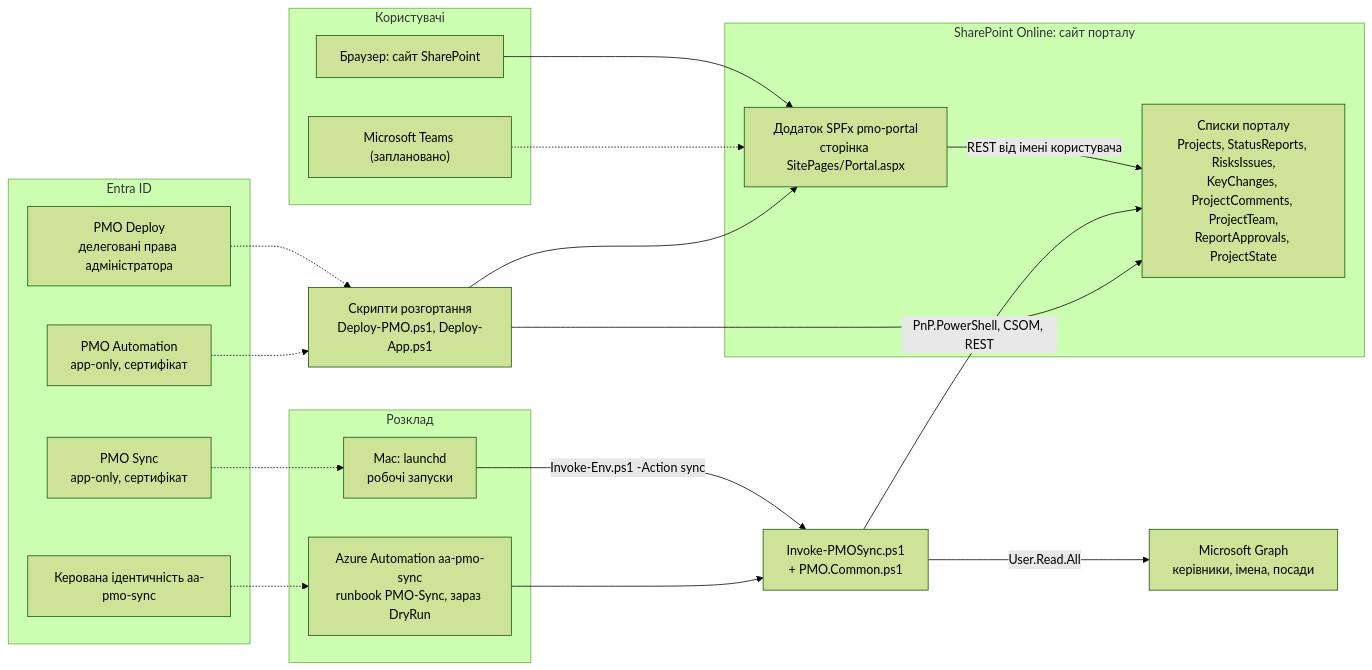
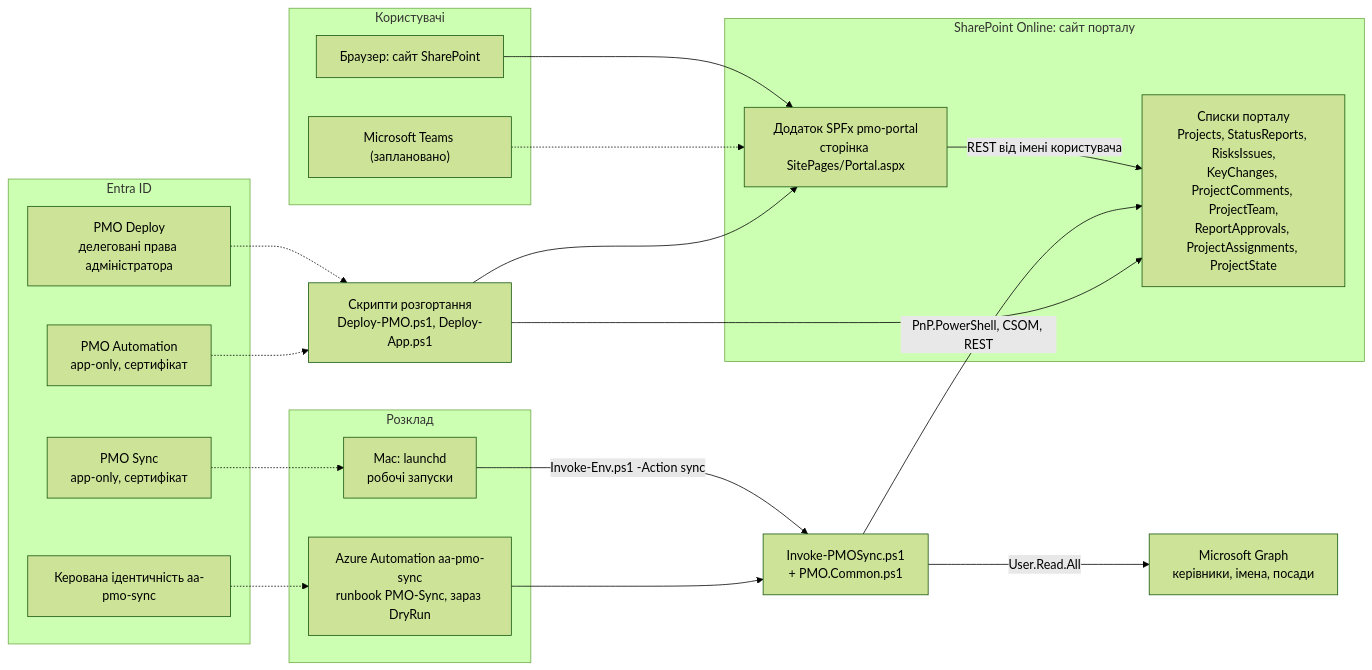
Before and after one commit to Acidsly/pmo-portal: the first of 15 diagrams in docs/ARCHITECTURE.md, drawn with Mermaid (forest theme). The commit also changed other lines of this file and 1 other file, not shown here.

Commit message:
Документация блока 3: потоки «Призначення» и истории (ARCHITECTURE), порядок выкладки (DEPLOYMENT)

````diff
--- a/docs/ARCHITECTURE.md
+++ b/docs/ARCHITECTURE.md
@@ -32,38 +32,38 @@
 ```mermaid
 flowchart LR
     subgraph Users["Користувачі"]
         B["Браузер: сайт SharePoint"]
         TM["Microsoft Teams (заплановано)"]
     end
     subgraph SPO["SharePoint Online: сайт порталу"]
         APP["Додаток SPFx pmo-portal<br/>сторінка SitePages/Portal.aspx"]
-        L["Списки порталу<br/>Projects, StatusReports, RisksIssues,<br/>KeyChanges, ProjectComments, ProjectTeam,<br/>ReportApprovals, ProjectState"]
+        L["Списки порталу<br/>Projects, StatusReports, RisksIssues,<br/>KeyChanges, ProjectComments, ProjectTeam,<br/>ReportApprovals, ProjectAssignments, ProjectState"]
     end
     subgraph Sched["Розклад"]
         MAC["Mac: launchd<br/>робочі запуски"]
         AA["Azure Automation aa-pmo-sync<br/>runbook PMO-Sync, зараз DryRun"]
     end
     SYNC["Invoke-PMOSync.ps1<br/>+ PMO.Common.ps1"]
     GRAPH["Microsoft Graph<br/>керівники, імена, посади"]
     subgraph Entra["Entra ID"]
         E1["PMO Deploy<br/>делеговані права адміністратора"]
         E2["PMO Automation<br/>app-only, сертифікат"]
         E3["PMO Sync<br/>app-only, сертифікат"]
         MI["Керована ідентичність aa-pmo-sync"]
     end
     DEP["Скрипти розгортання<br/>Deploy-PMO.ps1, Deploy-App.ps1"]
 
     B --> APP
     TM -.-> APP
     APP -- "REST від імені користувача" --> L
     MAC -- "Invoke-Env.ps1 -Action sync" --> SYNC
     AA --> SYNC
     SYNC -- "PnP.PowerShell, CSOM, REST" --> L
     SYNC -- "User.Read.All" --> GRAPH
     DEP --> L
     DEP --> APP
     E1 -.-> DEP
     E2 -.-> DEP
     E3 -.-> MAC
     MI -.-> AA
 ```
````
